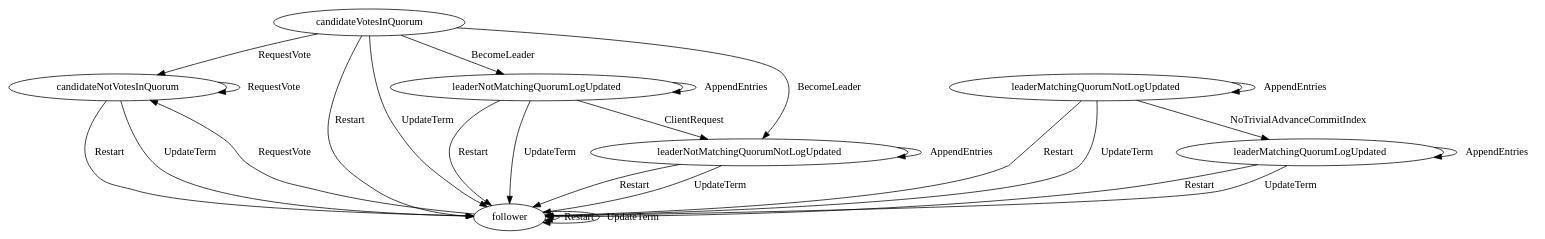
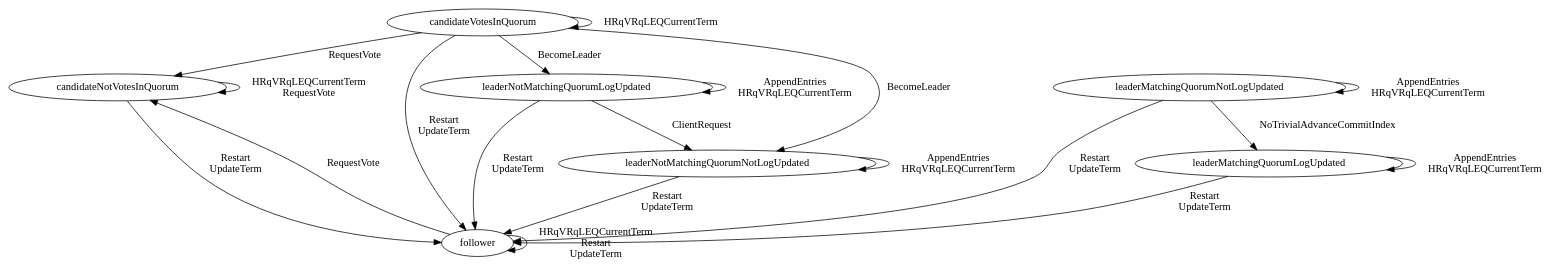
Before and after one commit to JMollerach/abstraccion-raft: the diagram in grafo.dot, drawn with Graphviz. The commit also changed 6 other files, not shown here.

```diff
--- a/grafo.dot
+++ b/grafo.dot
@@ -1,28 +1,22 @@
 digraph Estados {
     rankdir=TB;
-    "candidateNotVotesInQuorum" -> "candidateNotVotesInQuorum" [label="RequestVote"];
-    "candidateNotVotesInQuorum" -> "follower" [label="Restart"];
-    "candidateNotVotesInQuorum" -> "follower" [label="UpdateTerm"];
+    "candidateNotVotesInQuorum" -> "candidateNotVotesInQuorum" [label="HRqVRqLEQCurrentTerm\nRequestVote"];
+    "candidateNotVotesInQuorum" -> "follower" [label="Restart\nUpdateTerm"];
+    "candidateVotesInQuorum" -> "candidateNotVotesInQuorum" [label="RequestVote"];
+    "candidateVotesInQuorum" -> "candidateVotesInQuorum" [label="HRqVRqLEQCurrentTerm"];
+    "candidateVotesInQuorum" -> "follower" [label="Restart\nUpdateTerm"];
     "candidateVotesInQuorum" -> "leaderNotMatchingQuorumLogUpdated" [label="BecomeLeader"];
     "candidateVotesInQuorum" -> "leaderNotMatchingQuorumNotLogUpdated" [label="BecomeLeader"];
-    "candidateVotesInQuorum" -> "candidateNotVotesInQuorum" [label="RequestVote"];
-    "candidateVotesInQuorum" -> "follower" [label="Restart"];
-    "candidateVotesInQuorum" -> "follower" [label="UpdateTerm"];
     "follower" -> "candidateNotVotesInQuorum" [label="RequestVote"];
-    "follower" -> "follower" [label="Restart"];
-    "follower" -> "follower" [label="UpdateTerm"];
-    "leaderMatchingQuorumLogUpdated" -> "leaderMatchingQuorumLogUpdated" [label="AppendEntries"];
-    "leaderMatchingQuorumLogUpdated" -> "follower" [label="Restart"];
-    "leaderMatchingQuorumLogUpdated" -> "follower" [label="UpdateTerm"];
-    "leaderMatchingQuorumNotLogUpdated" -> "leaderMatchingQuorumNotLogUpdated" [label="AppendEntries"];
+    "follower" -> "follower" [label="HRqVRqLEQCurrentTerm\nRestart\nUpdateTerm"];
+    "leaderMatchingQuorumLogUpdated" -> "follower" [label="Restart\nUpdateTerm"];
+    "leaderMatchingQuorumLogUpdated" -> "leaderMatchingQuorumLogUpdated" [label="AppendEntries\nHRqVRqLEQCurrentTerm"];
+    "leaderMatchingQuorumNotLogUpdated" -> "follower" [label="Restart\nUpdateTerm"];
     "leaderMatchingQuorumNotLogUpdated" -> "leaderMatchingQuorumLogUpdated" [label="NoTrivialAdvanceCommitIndex"];
-    "leaderMatchingQuorumNotLogUpdated" -> "follower" [label="Restart"];
-    "leaderMatchingQuorumNotLogUpdated" -> "follower" [label="UpdateTerm"];
-    "leaderNotMatchingQuorumLogUpdated" -> "leaderNotMatchingQuorumLogUpdated" [label="AppendEntries"];
+    "leaderMatchingQuorumNotLogUpdated" -> "leaderMatchingQuorumNotLogUpdated" [label="AppendEntries\nHRqVRqLEQCurrentTerm"];
+    "leaderNotMatchingQuorumLogUpdated" -> "follower" [label="Restart\nUpdateTerm"];
+    "leaderNotMatchingQuorumLogUpdated" -> "leaderNotMatchingQuorumLogUpdated" [label="AppendEntries\nHRqVRqLEQCurrentTerm"];
     "leaderNotMatchingQuorumLogUpdated" -> "leaderNotMatchingQuorumNotLogUpdated" [label="ClientRequest"];
-    "leaderNotMatchingQuorumLogUpdated" -> "follower" [label="Restart"];
-    "leaderNotMatchingQuorumLogUpdated" -> "follower" [label="UpdateTerm"];
-    "leaderNotMatchingQuorumNotLogUpdated" -> "leaderNotMatchingQuorumNotLogUpdated" [label="AppendEntries"];
-    "leaderNotMatchingQuorumNotLogUpdated" -> "follower" [label="Restart"];
-    "leaderNotMatchingQuorumNotLogUpdated" -> "follower" [label="UpdateTerm"];
+    "leaderNotMatchingQuorumNotLogUpdated" -> "follower" [label="Restart\nUpdateTerm"];
+    "leaderNotMatchingQuorumNotLogUpdated" -> "leaderNotMatchingQuorumNotLogUpdated" [label="AppendEntries\nHRqVRqLEQCurrentTerm"];
 }
```
